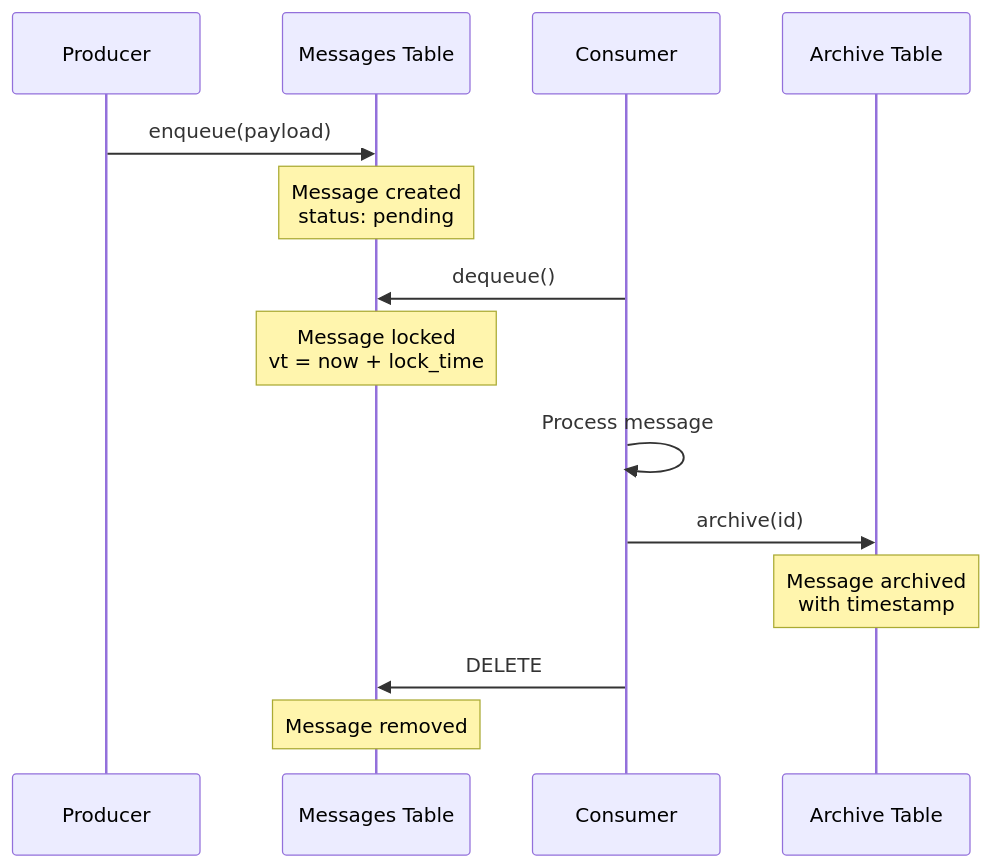
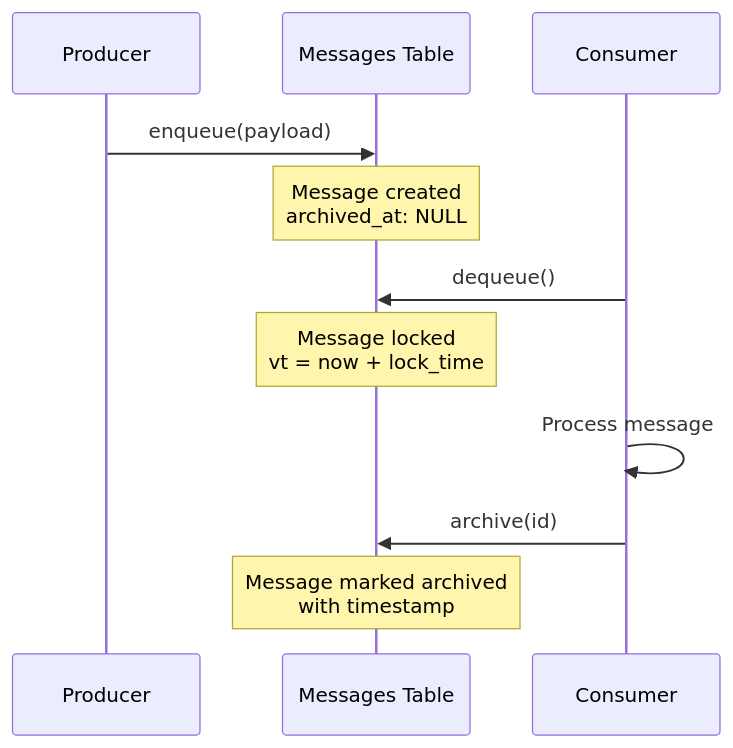
Before and after one commit to vrajat/pgqrs: the second of 5 diagrams in docs/user-guide/concepts/message-lifecycle.md, drawn with Mermaid. The commit also changed other lines of this file and 72 other files, not shown here.

````diff
--- a/docs/user-guide/concepts/message-lifecycle.md
+++ b/docs/user-guide/concepts/message-lifecycle.md
@@ -82,21 +82,17 @@
 ```mermaid
 sequenceDiagram
     participant P as Producer
     participant Q as Messages Table
     participant C as Consumer
-    participant A as Archive Table
 
     P->>Q: enqueue(payload)
-    Note over Q: Message created<br/>status: pending
+    Note over Q: Message created<br/>archived_at: NULL
 
     C->>Q: dequeue()
     Note over Q: Message locked<br/>vt = now + lock_time
 
     C->>C: Process message
 
-    C->>A: archive(id)
-    Note over A: Message archived<br/>with timestamp
-
-    C->>Q: DELETE
-    Note over Q: Message removed
+    C->>Q: archive(id)
+    Note over Q: Message marked archived<br/>with timestamp
 ```
````
